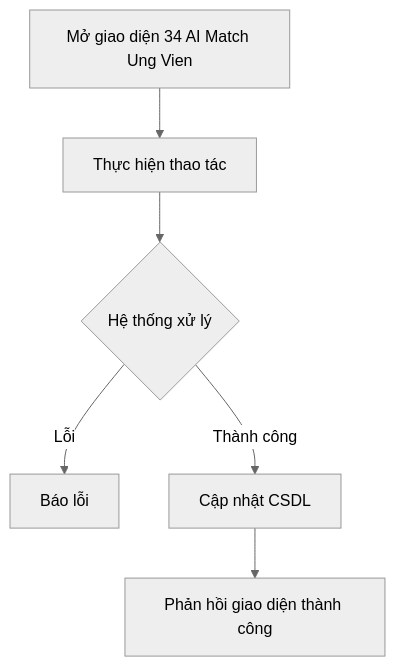
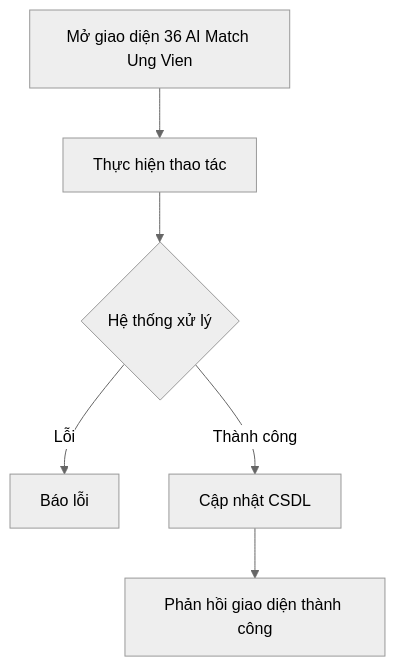
Before and after one commit to VanHaPtit/EasyTech_FE: the diagram in nghiep_vu/epic-08_AI_Features/user-story-36_AI_Match_Ung_Vien/user-story.md, drawn with Mermaid (neutral theme). The commit also changed other lines of this file and 31 other files, not shown here.

````diff
--- a/nghiep_vu/epic-08_AI_Features/user-story-36_AI_Match_Ung_Vien/user-story.md
+++ b/nghiep_vu/epic-08_AI_Features/user-story-36_AI_Match_Ung_Vien/user-story.md
@@ -11,8 +11,8 @@
 ```mermaid
 graph TD
-    A[Mở giao diện 34 AI Match Ung Vien] --> B[Thực hiện thao tác]
+    A[Mở giao diện 36 AI Match Ung Vien] --> B[Thực hiện thao tác]
     B --> C{Hệ thống xử lý}
     C -- Lỗi --> D[Báo lỗi]
     C -- Thành công --> E[Cập nhật CSDL]
     E --> F[Phản hồi giao diện thành công]
 ```
````
